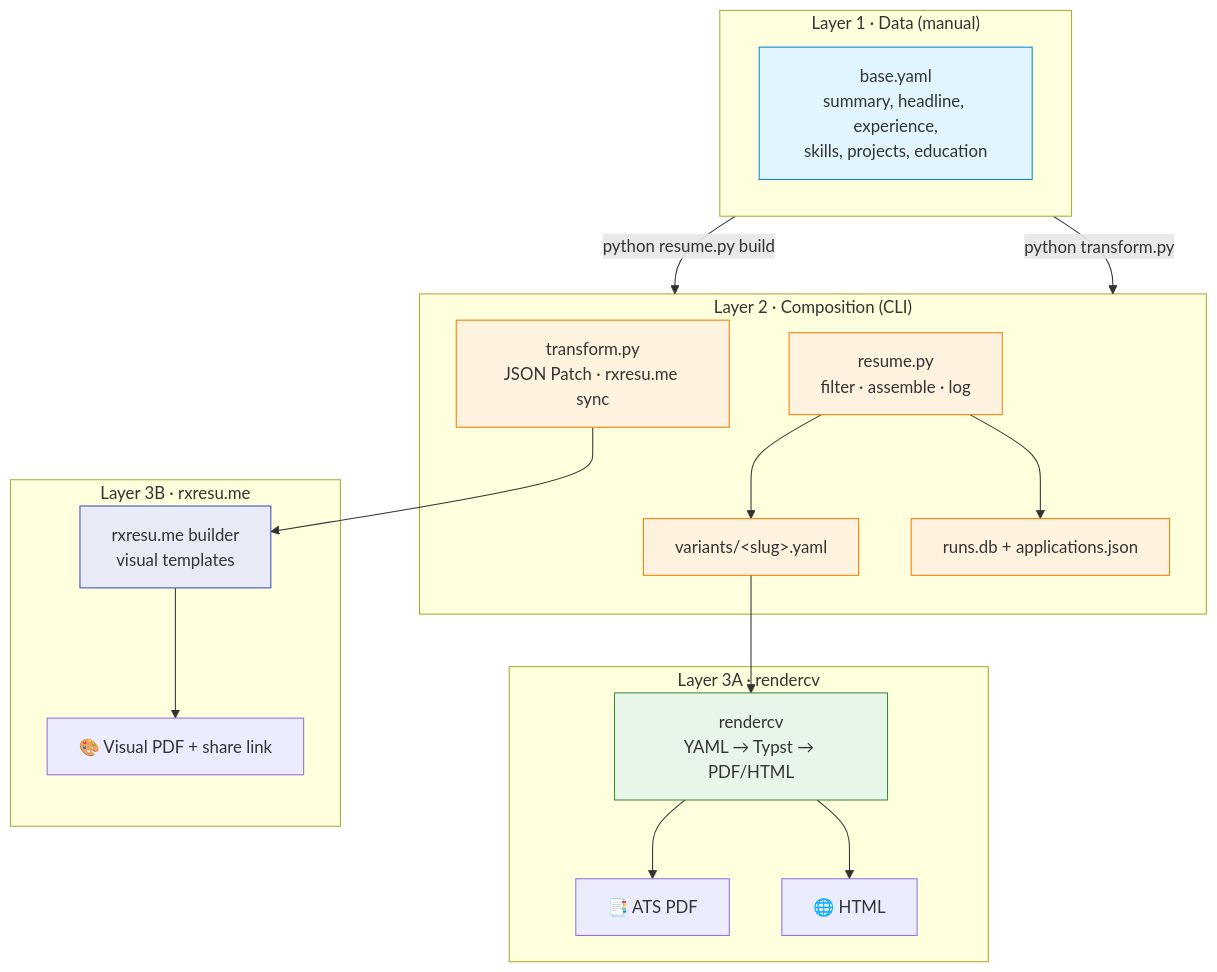
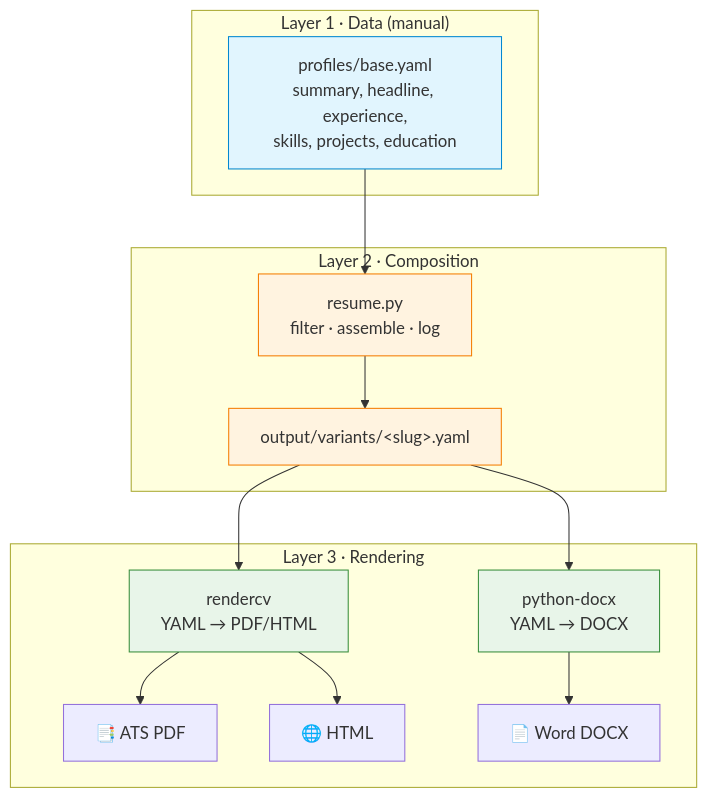
One commit to jxjwilliam/resume-generator changed the first of 10 diagrams in docs/overview.md. Above: the diagram before and after it, drawn with Mermaid. The commit also changed other lines of this file and 1 other file, not shown here.

````diff
--- a/docs/overview.md
+++ b/docs/overview.md
@@ -13,39 +13,32 @@
 ```mermaid
 flowchart TB
     subgraph L1["Layer 1 · Data (manual)"]
-        BY["base.yaml<br/>summary, headline, experience,<br/>skills, projects, education"]
+        BY["profiles/base.yaml<br/>summary, headline, experience,<br/>skills, projects, education"]
         style BY fill:#e1f5fe,stroke:#0288d1
     end
 
-    subgraph L2["Layer 2 · Composition (CLI)"]
+    subgraph L2["Layer 2 · Composition"]
         RP["resume.py<br/>filter · assemble · log"]
-        TP["transform.py<br/>JSON Patch · rxresu.me sync"]
-        VY["variants/&lt;slug&gt;.yaml"]
-        AJ["runs.db + applications.json"]
+        VY["output/variants/&lt;slug&gt;.yaml"]
         style RP fill:#fff3e0,stroke:#f57c00
-        style TP fill:#fff3e0,stroke:#f57c00
         style VY fill:#fff3e0,stroke:#f57c00
-        style AJ fill:#fff3e0,stroke:#f57c00
     end
 
-    subgraph L3A["Layer 3A · rendercv"]
-        RC["rendercv<br/>YAML → Typst → PDF/HTML"]
+    subgraph L3["Layer 3 · Rendering"]
+        RC["rendercv<br/>YAML → PDF/HTML"]
+        DX["python-docx<br/>YAML → DOCX"]
         PDF["📑 ATS PDF"]
         HTML["🌐 HTML"]
+        DOCX["📄 Word DOCX"]
         style RC fill:#e8f5e9,stroke:#388e3c
+        style DX fill:#e8f5e9,stroke:#388e3c
     end
 
-    subgraph L3B["Layer 3B · rxresu.me"]
-        RX["rxresu.me builder<br/>visual templates"]
-        VIS["🎨 Visual PDF + share link"]
-        style RX fill:#e8eaf6,stroke:#3f51b5
-    end
-
-    L1 -->|"python resume.py build"| L2
-    L1 -->|"python transform.py"| L2
-    RP --> VY --> RC
+    BY --> RP
+    RP --> VY
+    VY --> RC
+    VY --> DX
     RC --> PDF
     RC --> HTML
-    TP --> RX --> VIS
-    RP --> AJ
+    DX --> DOCX
 ```
````
